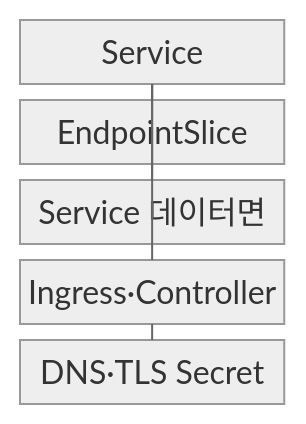
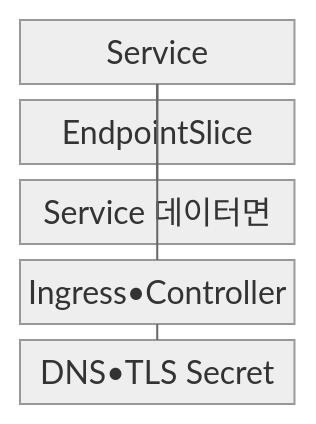
One commit to agnusdei1207/knowledge-base changed the first of 2 diagrams in src/content/docs/notes/03-software/155_kubernetes_service_ingress.md. Above: the diagram before and after it, drawn with Mermaid (neutral theme). The commit also changed other lines of this file and 953 other files, not shown here.

````diff
--- a/src/content/docs/notes/03-software/155_kubernetes_service_ingress.md
+++ b/src/content/docs/notes/03-software/155_kubernetes_service_ingress.md
@@ -66,13 +66,13 @@
 ```mermaid
 block
     columns 1
     A["Service"]
     B["EndpointSlice"]
     C["Service 데이터면"]
-    D["Ingress·Controller"]
-    E["DNS·TLS Secret"]
+    D["Ingress•Controller"]
+    E["DNS•TLS Secret"]
     E --- D
     D --- A
     A --- B
     A --- C
 ```
````
